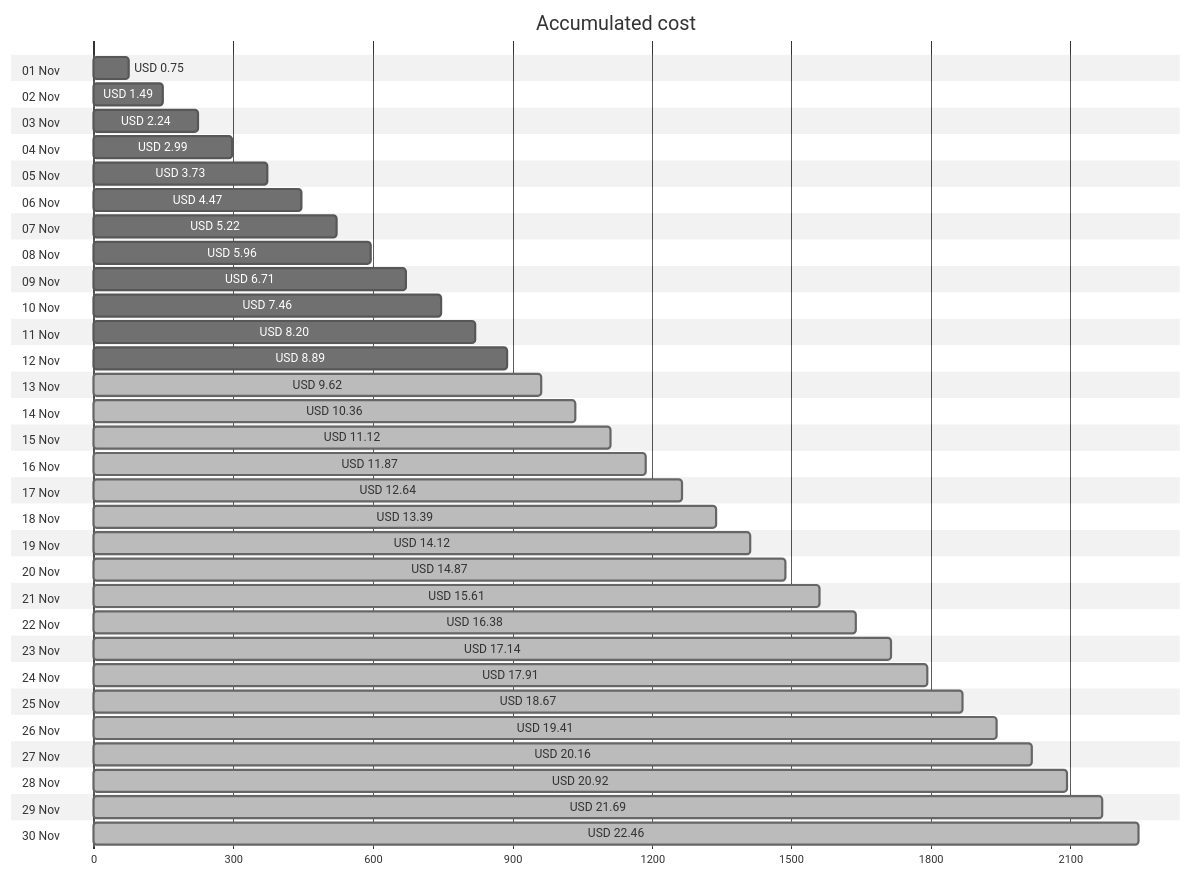
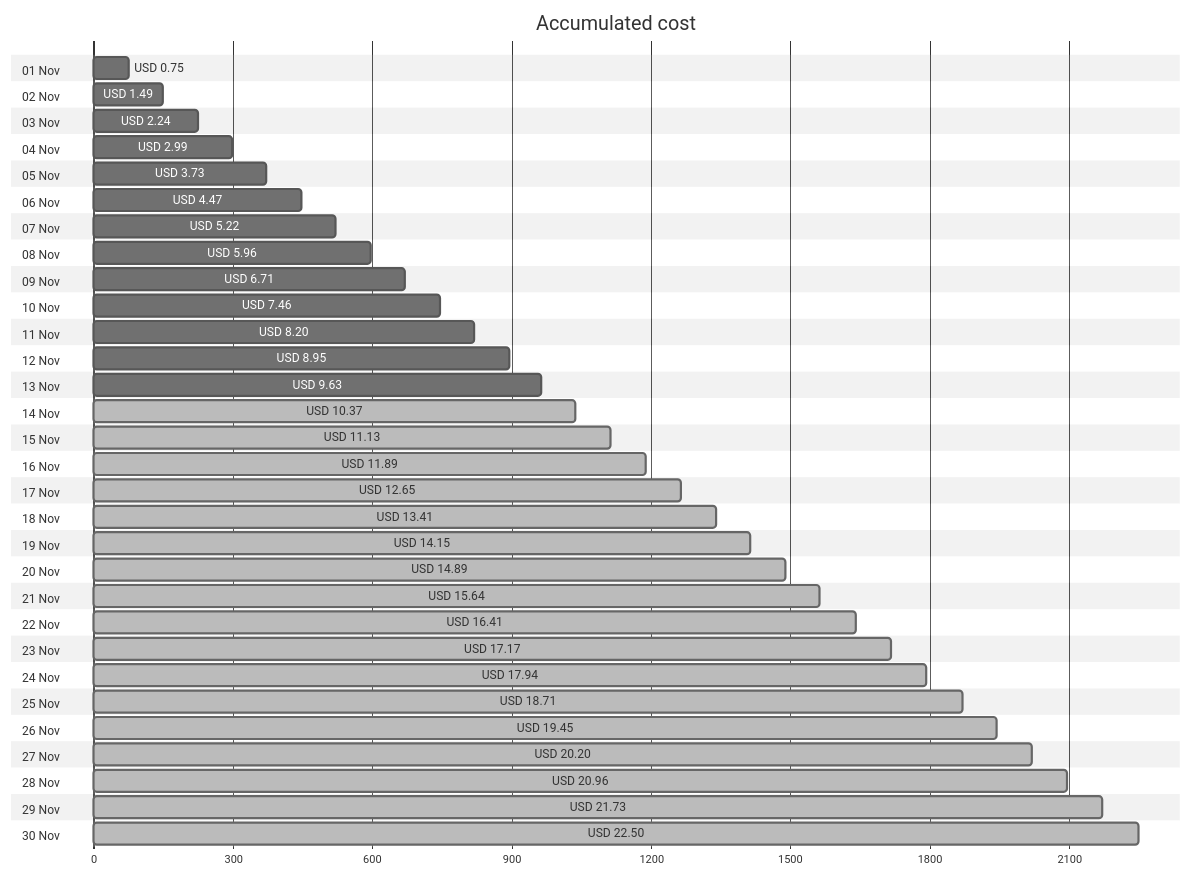
The first of 4 diagrams in cost-reports/personal-network/backup-server-data-disk.md (jpfulton/azure-personal-reports), drawn with Mermaid (neutral theme) before and after one commit. The commit also changed other lines of this file and 8 other files, not shown here.

````diff
--- a/cost-reports/personal-network/backup-server-data-disk.md
+++ b/cost-reports/personal-network/backup-server-data-disk.md
@@ -20,66 +20,66 @@
 ```mermaid
 gantt
    title Accumulated cost
    dateFormat  X
    axisFormat %s
    section 01 Nov
    USD 0.75 :0, 75
    section 02 Nov
    USD 1.49 :0, 149
    section 03 Nov
    USD 2.24 :0, 224
    section 04 Nov
    USD 2.99 :0, 299
    section 05 Nov
    USD 3.73 :0, 373
    section 06 Nov
    USD 4.47 :0, 447
    section 07 Nov
    USD 5.22 :0, 522
    section 08 Nov
    USD 5.96 :0, 596
    section 09 Nov
    USD 6.71 :0, 671
    section 10 Nov
    USD 7.46 :0, 746
    section 11 Nov
    USD 8.20 :0, 820
    section 12 Nov
-   USD 8.89 :0, 889
+   USD 8.95 :0, 895
    section 13 Nov
-   USD 9.62 : done, 0, 962
+   USD 9.63 :0, 963
    section 14 Nov
-   USD 10.36 : done, 0, 1036
+   USD 10.37 : done, 0, 1037
    section 15 Nov
-   USD 11.12 : done, 0, 1112
+   USD 11.13 : done, 0, 1113
    section 16 Nov
-   USD 11.87 : done, 0, 1187
+   USD 11.89 : done, 0, 1189
    section 17 Nov
-   USD 12.64 : done, 0, 1264
+   USD 12.65 : done, 0, 1265
    section 18 Nov
-   USD 13.39 : done, 0, 1339
+   USD 13.41 : done, 0, 1341
    section 19 Nov
-   USD 14.12 : done, 0, 1412
+   USD 14.15 : done, 0, 1415
    section 20 Nov
-   USD 14.87 : done, 0, 1487
+   USD 14.89 : done, 0, 1489
    section 21 Nov
-   USD 15.61 : done, 0, 1561
+   USD 15.64 : done, 0, 1564
    section 22 Nov
-   USD 16.38 : done, 0, 1638
+   USD 16.41 : done, 0, 1641
    section 23 Nov
-   USD 17.14 : done, 0, 1714
+   USD 17.17 : done, 0, 1717
    section 24 Nov
-   USD 17.91 : done, 0, 1791
+   USD 17.94 : done, 0, 1794
    section 25 Nov
-   USD 18.67 : done, 0, 1867
+   USD 18.71 : done, 0, 1871
    section 26 Nov
-   USD 19.41 : done, 0, 1941
+   USD 19.45 : done, 0, 1945
    section 27 Nov
-   USD 20.16 : done, 0, 2016
+   USD 20.20 : done, 0, 2020
    section 28 Nov
-   USD 20.92 : done, 0, 2092
+   USD 20.96 : done, 0, 2096
    section 29 Nov
-   USD 21.69 : done, 0, 2169
+   USD 21.73 : done, 0, 2173
    section 30 Nov
-   USD 22.46 : done, 0, 2246
+   USD 22.50 : done, 0, 2250
 ```
````
